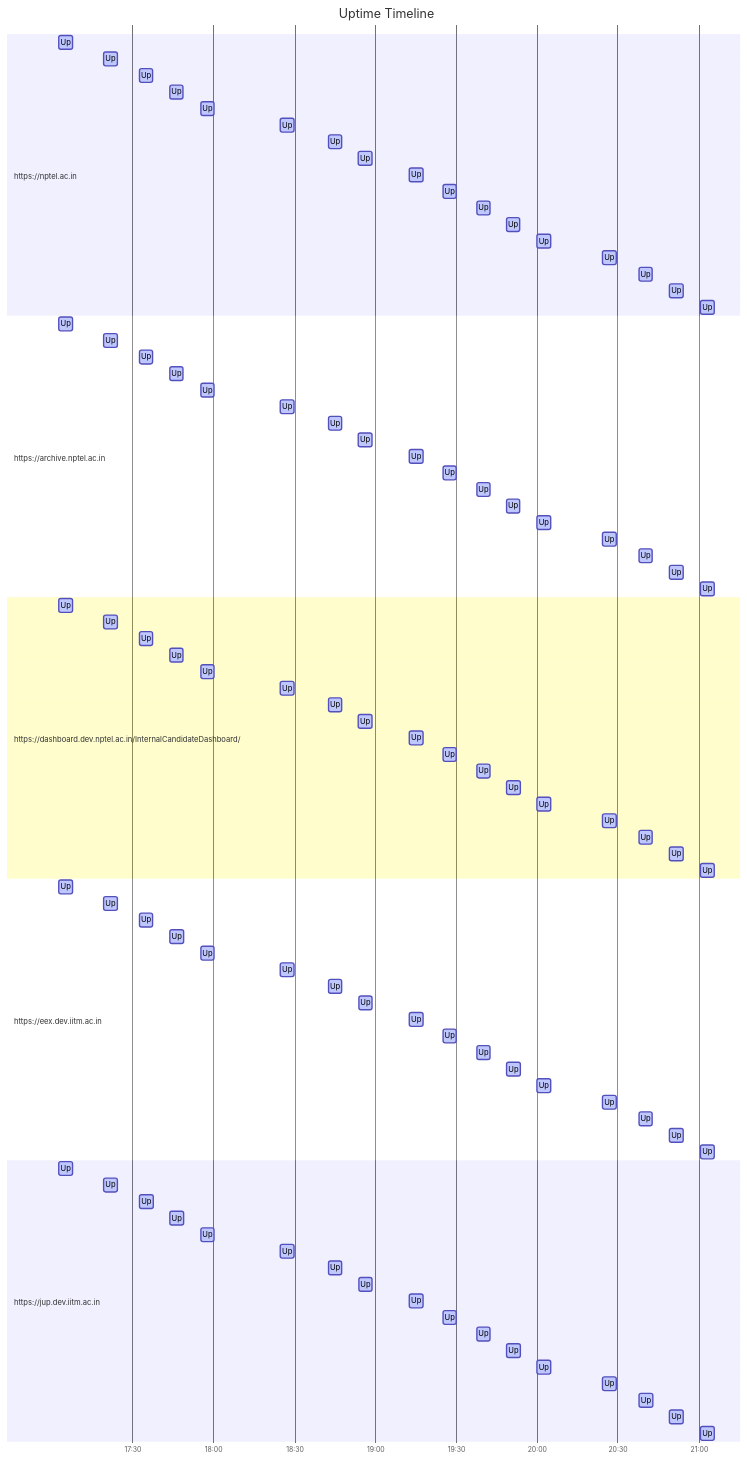
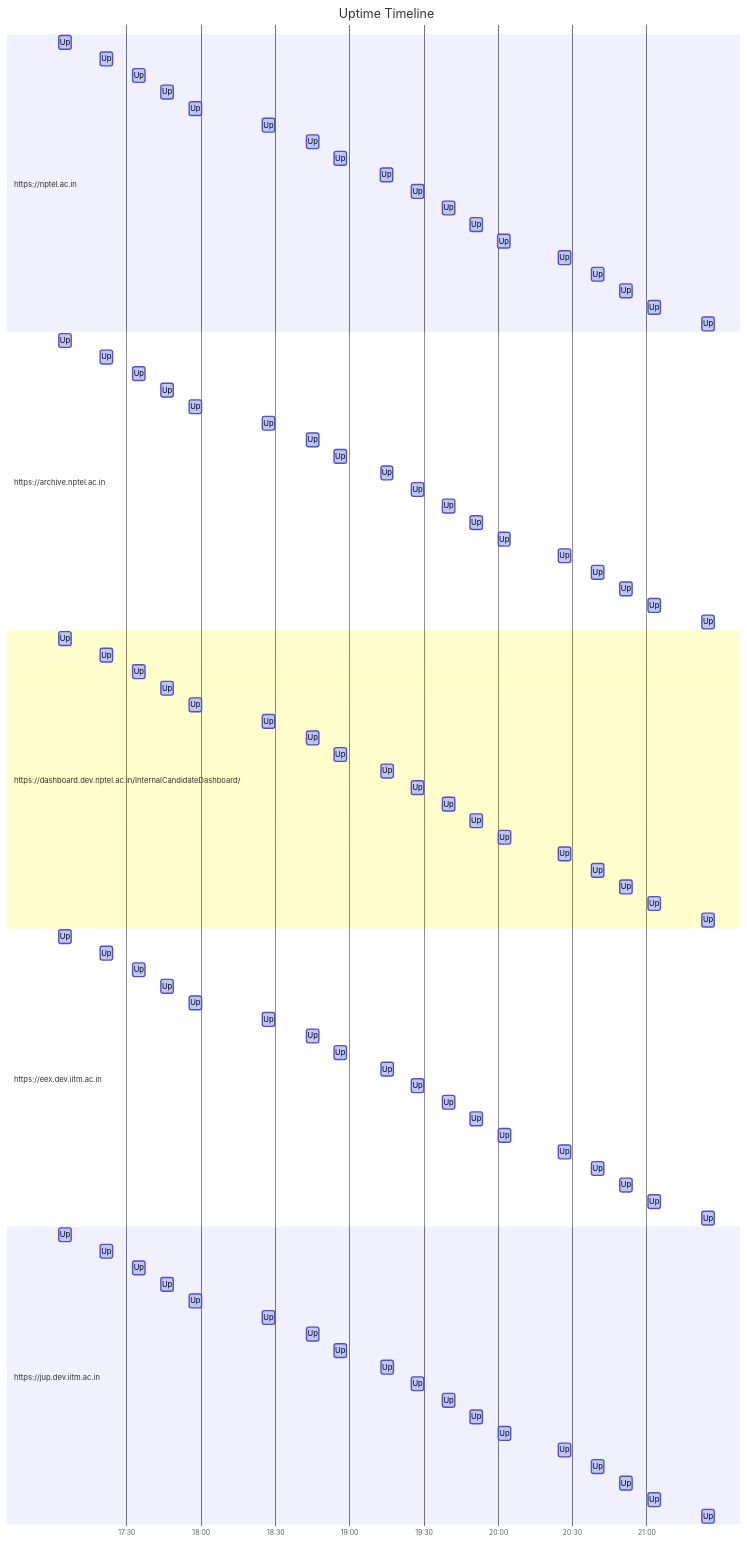
One commit to nchandra75/monitor changed the diagram in results.md. Above: the diagram before and after it, drawn with Mermaid. The commit also changed other lines of this file and 1 other file, not shown here.

````diff
--- a/results.md
+++ b/results.md
@@ -41,6 +41,7 @@
         Up: active, 2024-09-13 20:37:45, 5m
         Up: active, 2024-09-13 20:49:08, 5m
         Up: active, 2024-09-13 21:00:38, 5m
+        Up: active, 2024-09-13 21:22:18, 5m
     section https://archive.nptel.ac.in
         Up: active, 2024-09-13 17:02:37, 5m
         Up: active, 2024-09-13 17:19:15, 5m
@@ -59,6 +60,7 @@
         Up: active, 2024-09-13 20:37:46, 5m
         Up: active, 2024-09-13 20:49:09, 5m
         Up: active, 2024-09-13 21:00:39, 5m
+        Up: active, 2024-09-13 21:22:19, 5m
     section https://dashboard.dev.nptel.ac.in/InternalCandidateDashboard/
         Up: active, 2024-09-13 17:02:38, 5m
         Up: active, 2024-09-13 17:19:15, 5m
@@ -77,6 +79,7 @@
         Up: active, 2024-09-13 20:37:47, 5m
         Up: active, 2024-09-13 20:49:10, 5m
         Up: active, 2024-09-13 21:00:40, 5m
+        Up: active, 2024-09-13 21:22:20, 5m
     section https://eex.dev.iitm.ac.in
         Up: active, 2024-09-13 17:02:39, 5m
         Up: active, 2024-09-13 17:19:16, 5m
@@ -95,6 +98,7 @@
         Up: active, 2024-09-13 20:37:48, 5m
         Up: active, 2024-09-13 20:49:11, 5m
         Up: active, 2024-09-13 21:00:42, 5m
+        Up: active, 2024-09-13 21:22:21, 5m
     section https://jup.dev.iitm.ac.in
         Up: active, 2024-09-13 17:02:40, 5m
         Up: active, 2024-09-13 17:19:17, 5m
@@ -113,4 +117,5 @@
         Up: active, 2024-09-13 20:37:49, 5m
         Up: active, 2024-09-13 20:49:12, 5m
         Up: active, 2024-09-13 21:00:43, 5m
+        Up: active, 2024-09-13 21:22:23, 5m
 ```
````
